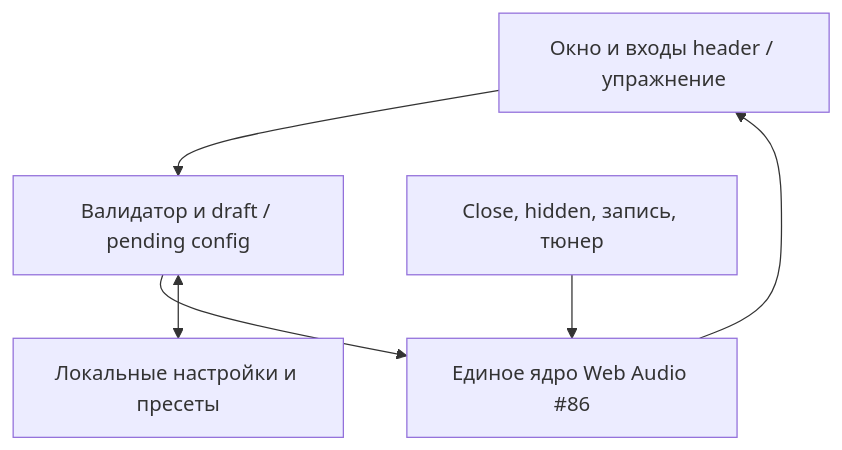
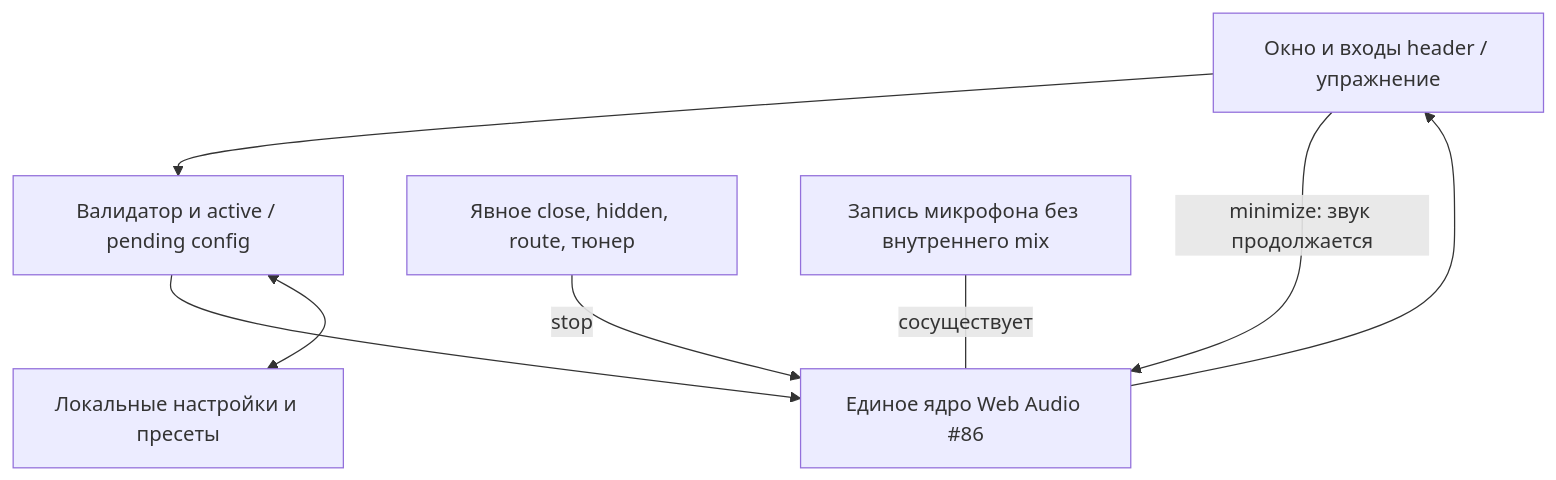
Before and after one commit to roafo1989/guitar-mentor-ai: the diagram in docs/diagrams/tool02-metronome-components.mmd, drawn with Mermaid. The commit also changed 5 other files, not shown here.

```diff
--- a/docs/diagrams/tool02-metronome-components.mmd
+++ b/docs/diagrams/tool02-metronome-components.mmd
@@ -1,6 +1,8 @@
 flowchart TB
-  UI["Окно и входы header / упражнение"] --> Config["Валидатор и draft / pending config"]
+  UI["Окно и входы header / упражнение"] --> Config["Валидатор и active / pending config"]
   Config --> Engine["Единое ядро Web Audio #86"]
   Config <--> Store["Локальные настройки и пресеты"]
   Engine --> UI
-  Lifecycle["Close, hidden, запись, тюнер"] --> Engine
+  Lifecycle["Явное close, hidden, route, тюнер"] -->|stop| Engine
+  Recorder["Запись микрофона без внутреннего mix"] ---|сосуществует| Engine
+  UI -->|minimize: звук продолжается| Engine
```
